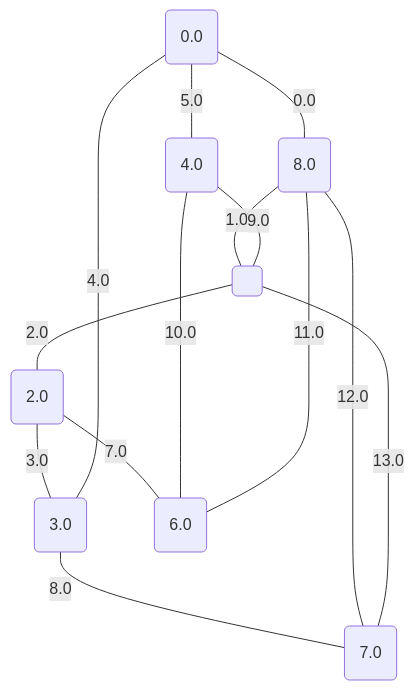
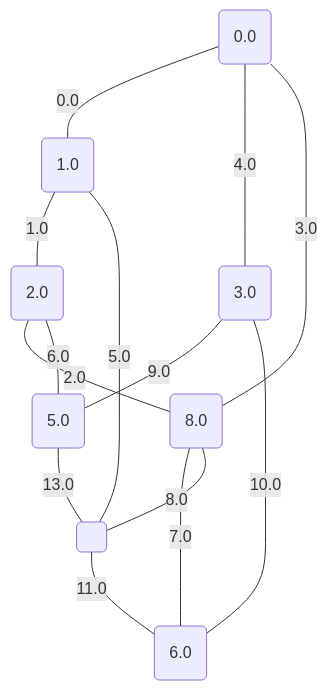
The fifth of 17 diagrams in project/src/testing/minCutPetersen.md (metury/graphs), drawn with Mermaid before and after one commit. The commit also changed other lines of this file and 50 other files, not shown here.

````diff
--- a/project/src/testing/minCutPetersen.md
+++ b/project/src/testing/minCutPetersen.md
@@ -135,24 +135,24 @@
 ```mermaid
 graph TD;
 0("0.0");
-1("2.0");
-2("3.0");
-3("4.0");
-4("6.0");
-5("7.0");
+1("1.0");
+2("2.0");
+3("3.0");
+4("5.0");
+5("6.0");
 6("8.0");
 7(" ");
-	0 -- "0.0" --- 6;
-	6 -- "1.0" --- 7;
-	7 -- "2.0" --- 1;
-	1 -- "3.0" --- 2;
-	2 -- "4.0" --- 0;
-	0 -- "5.0" --- 3;
-	1 -- "7.0" --- 4;
-	2 -- "8.0" --- 5;
-	3 -- "9.0" --- 7;
-	3 -- "10.0" --- 4;
-	6 -- "11.0" --- 4;
-	6 -- "12.0" --- 5;
-	7 -- "13.0" --- 5;
+	0 -- "0.0" --- 1;
+	1 -- "1.0" --- 2;
+	2 -- "2.0" --- 6;
+	6 -- "3.0" --- 0;
+	0 -- "4.0" --- 3;
+	1 -- "5.0" --- 7;
+	2 -- "6.0" --- 4;
+	6 -- "7.0" --- 5;
+	6 -- "8.0" --- 7;
+	3 -- "9.0" --- 4;
+	3 -- "10.0" --- 5;
+	7 -- "11.0" --- 5;
+	4 -- "13.0" --- 7;
 ```
````
